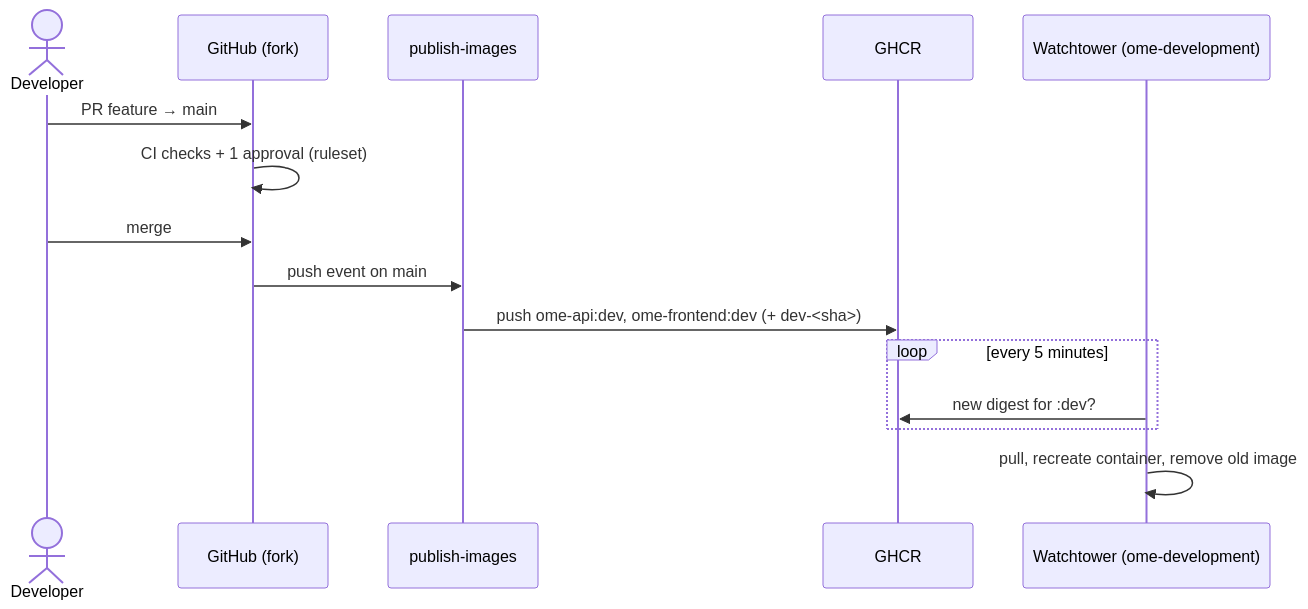
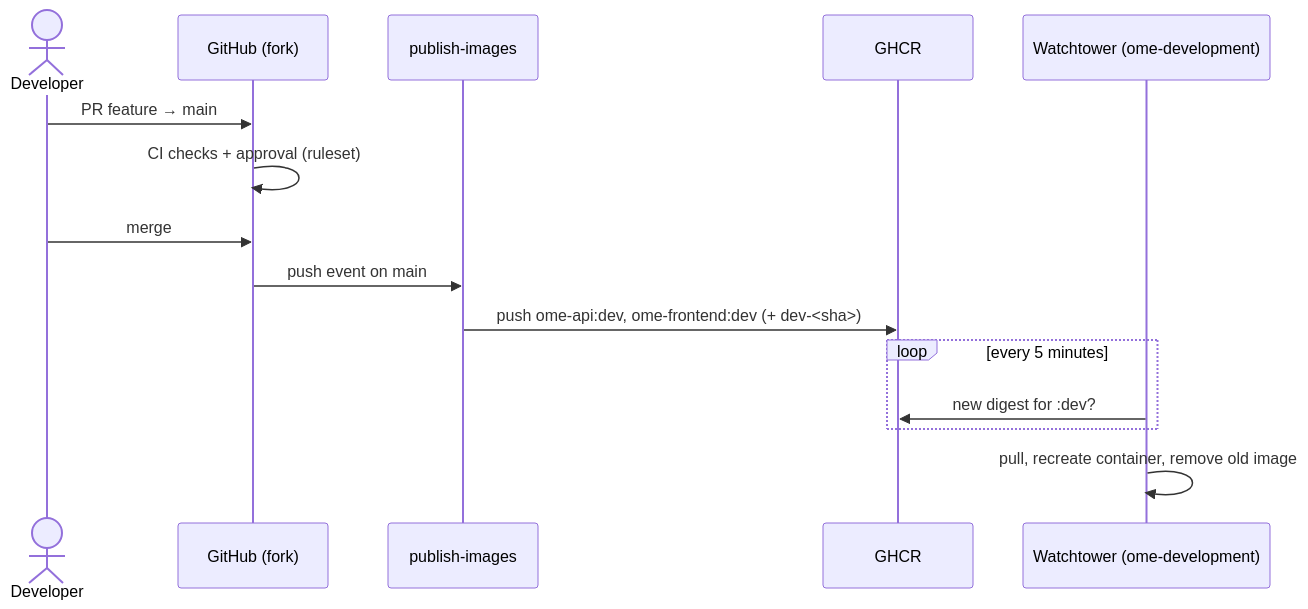
The third of 3 diagrams in docs/architecture.md (odisee-ome-2627/ome-infra), drawn with Mermaid before and after one commit. The commit also changed other lines of this file and 7 other files, not shown here.

````diff
--- a/docs/architecture.md
+++ b/docs/architecture.md
@@ -91,18 +98,18 @@
 ```mermaid
 sequenceDiagram
   actor Dev as Developer
   participant GH as GitHub (fork)
   participant CI as publish-images
   participant R as GHCR
   participant WT as Watchtower (ome-development)
 
   Dev->>GH: PR feature → main
-  GH->>GH: CI checks + 1 approval (ruleset)
+  GH->>GH: CI checks + approval (ruleset)
   Dev->>GH: merge
   GH->>CI: push event on main
   CI->>R: push ome-api:dev, ome-frontend:dev (+ dev-<sha>)
   loop every 5 minutes
     WT->>R: new digest for :dev?
   end
   WT->>WT: pull, recreate container, remove old image
 ```
````
